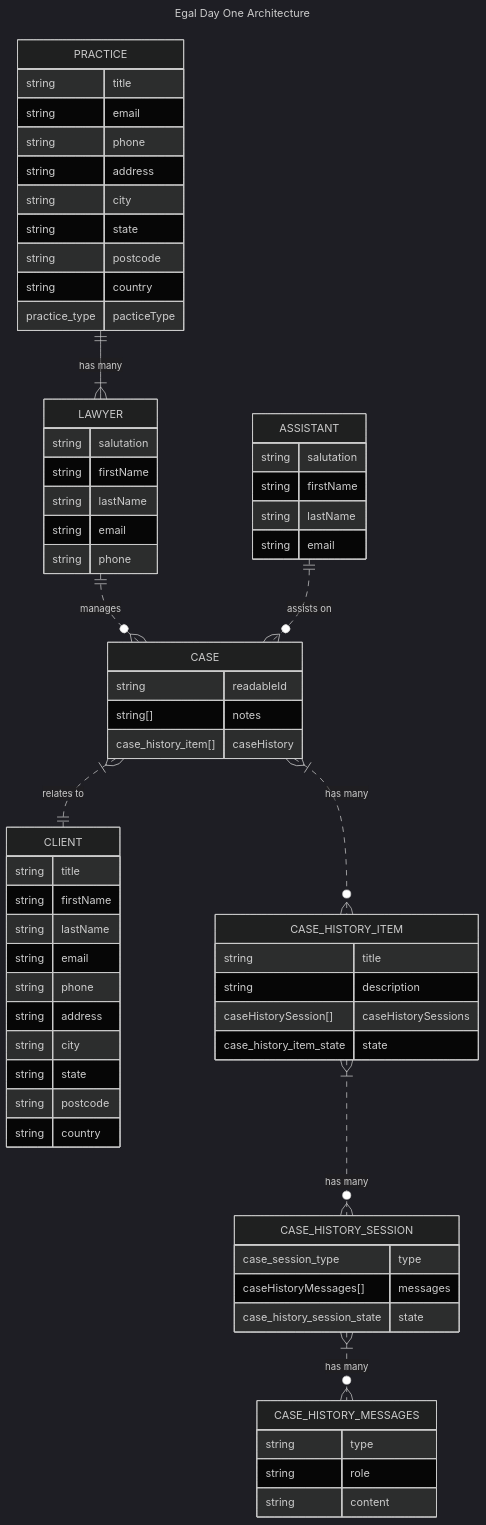
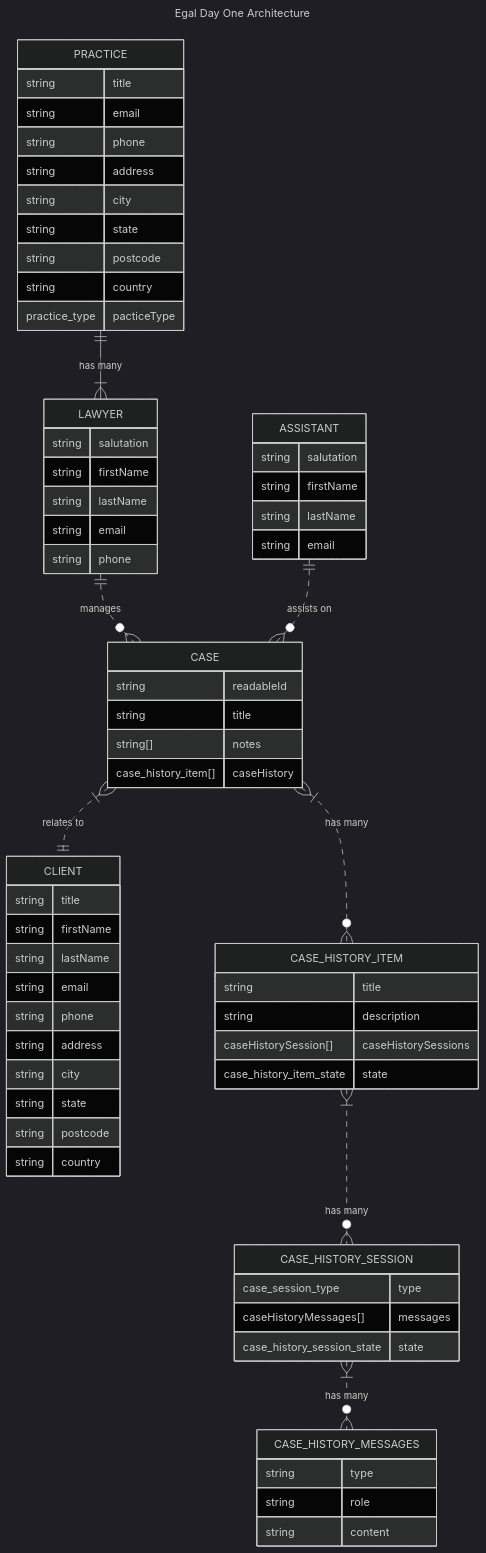
One commit to Leegavee/legal-tech changed the diagram in docs/architecture/dayone-architecture.md. Above: the diagram before and after it, drawn with Mermaid (dark theme). The commit also changed 2 other files, not shown here.

Commit message:
feature: Update case to include title

```diff
--- a/docs/architecture/dayone-architecture.md
+++ b/docs/architecture/dayone-architecture.md
@@ -61,6 +61,7 @@
         
         CASE {
             string readableId
+            string title
             string[] notes
             case_history_item[] caseHistory
         }
```
